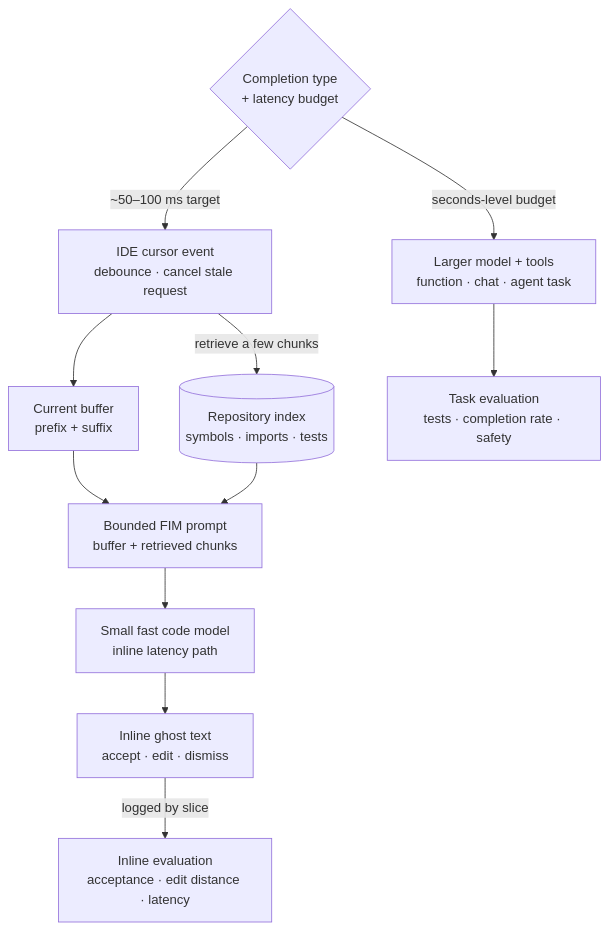
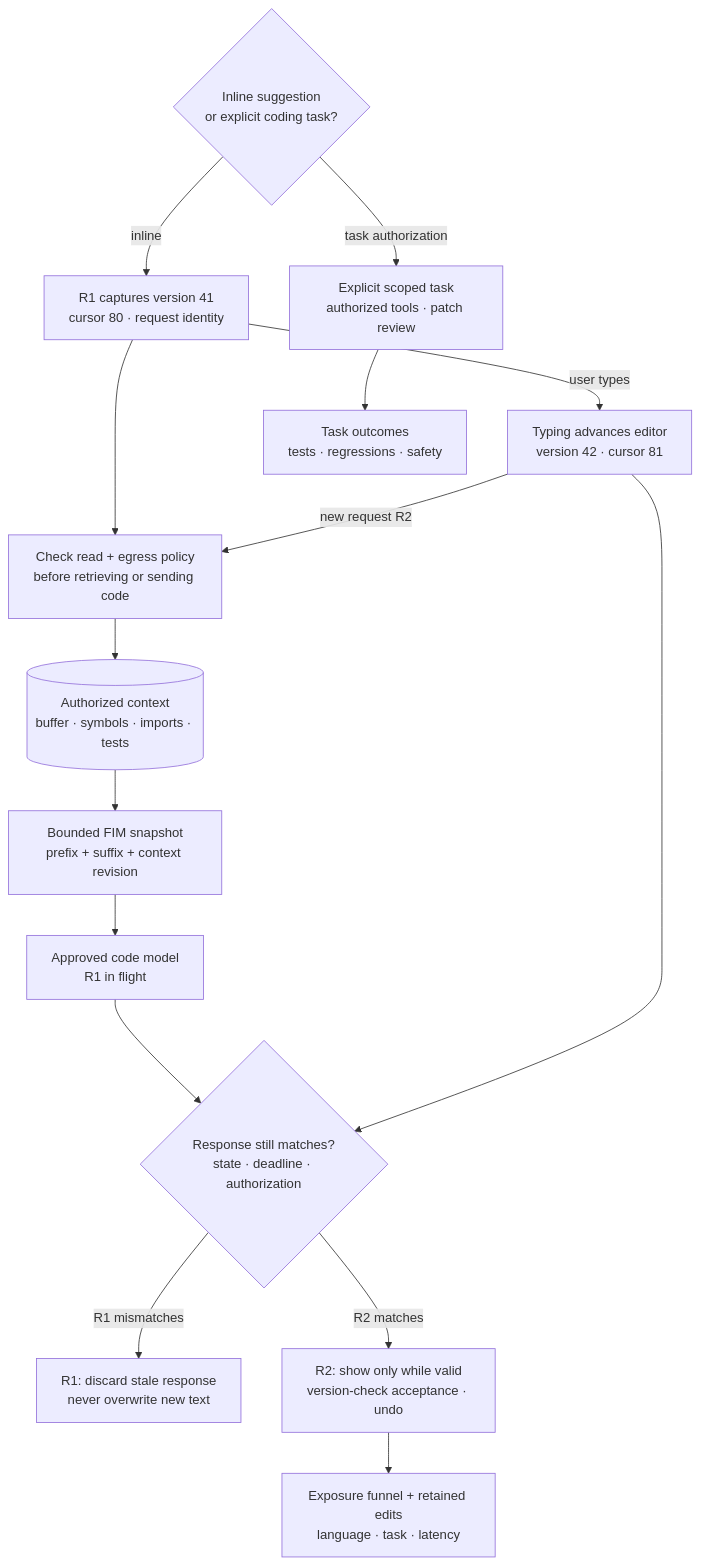
One commit to mlmentorship/mlmentorship.github.io changed the diagram in src/content/posts/2025-04-12-build-llm-coding-assistant.md. Above: the diagram before and after it, drawn with Mermaid. The commit also changed other lines of this file and 258 other files, not shown here.

````diff
--- a/src/content/posts/2025-04-12-build-llm-coding-assistant.md
+++ b/src/content/posts/2025-04-12-build-llm-coding-assistant.md
@@ -47,29 +26,36 @@
 ```mermaid
 flowchart TB
-  accTitle: Inline completion and agentic coding require different request paths
-  accDescr: A task and latency decision creates two paths. For inline completion, a cursor event is debounced and stale requests are cancelled. The current file prefix and suffix form a fill-in-the-middle request, while a repository index retrieves a few relevant symbol, import, and test chunks. A bounded prompt goes to a small fast code model and returns ghost text; acceptance, edits, dismissals, language, task type, and latency become evaluation signals. Function generation, chat, and agentic work instead use a seconds-level path with a larger model and tools, and are evaluated by task completion and tests rather than inline acceptance.
-  Scope{"Completion type<br/>+ latency budget"}
-  Trigger["IDE cursor event<br/>debounce · cancel stale request"]
-  Buffer["Current buffer<br/>prefix + suffix"]
-  Index[("Repository index<br/>symbols · imports · tests")]
-  Prompt["Bounded FIM prompt<br/>buffer + retrieved chunks"]
-  Fast["Small fast code model<br/>inline latency path"]
-  Ghost["Inline ghost text<br/>accept · edit · dismiss"]
-  InlineEval["Inline evaluation<br/>acceptance · edit distance · latency"]
-  Deep["Larger model + tools<br/>function · chat · agent task"]
-  TaskEval["Task evaluation<br/>tests · completion rate · safety"]
-  Scope -->|"~50–100 ms target"| Trigger
-  Trigger --> Buffer
-  Trigger -->|"retrieve a few chunks"| Index
-  Buffer --> Prompt
+  accTitle: An inline response must still match the current editor state
+  accDescr: Request R1 captures document version 41 and cursor 80. Authorized context and the buffer prefix and suffix form its bounded fill-in-the-middle prompt. Typing advances the current editor to version 42 and cursor 81 while R1 runs. R1 is discarded on return because its snapshot is stale. R2 may display only while its version, cursor, context, deadline and authorization remain valid; accepting it requires a version-aware editor transaction. A separate explicit task path grants scoped tools and evaluates patches with review and tests, never using an inline response as authorization.
+  Scope{"Inline suggestion<br/>or explicit coding task?"}
+  Trigger["R1 captures version 41<br/>cursor 80 · request identity"]
+  Policy["Check read + egress policy<br/>before retrieving or sending code"]
+  Index[("Authorized context<br/>buffer · symbols · imports · tests")]
+  Prompt["Bounded FIM snapshot<br/>prefix + suffix + context revision"]
+  Fast["Approved code model<br/>R1 in flight"]
+  Current["Typing advances editor<br/>version 42 · cursor 81"]
+  Valid{"Response still matches?<br/>state · deadline · authorization"}
+  Drop["R1: discard stale response<br/>never overwrite new text"]
+  Ghost["R2: show only while valid<br/>version-check acceptance · undo"]
+  InlineEval["Exposure funnel + retained edits<br/>language · task · latency"]
+  Deep["Explicit scoped task<br/>authorized tools · patch review"]
+  TaskEval["Task outcomes<br/>tests · regressions · safety"]
+  Scope -->|"inline"| Trigger
+  Trigger --> Policy --> Index
   Index --> Prompt
   Prompt --> Fast
-  Fast --> Ghost
-  Ghost -->|"logged by slice"| InlineEval
-  Scope -->|"seconds-level budget"| Deep
+  Trigger -->|"user types"| Current
+  Fast --> Valid
+  Current --> Valid
+  Valid -->|"R1 mismatches"| Drop
+  Current -->|"new request R2"| Policy
+  Valid -->|"R2 matches"| Ghost
+  Ghost --> InlineEval
+  Scope -->|"task authorization"| Deep
   Deep --> TaskEval
-  class Scope,Prompt viz-focus
-  class Trigger,Buffer viz-input
-  class Index viz-state
+  class Scope,Prompt,Valid viz-focus
+  class Trigger,Current viz-input
+  class Index,Policy viz-state
+  class Drop viz-warning
   class Ghost,Deep viz-output
 ```
````
